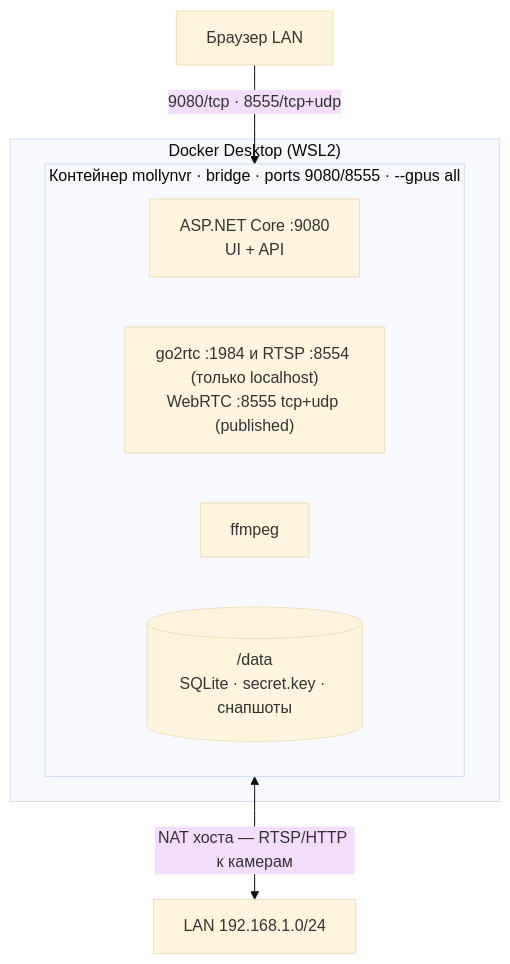
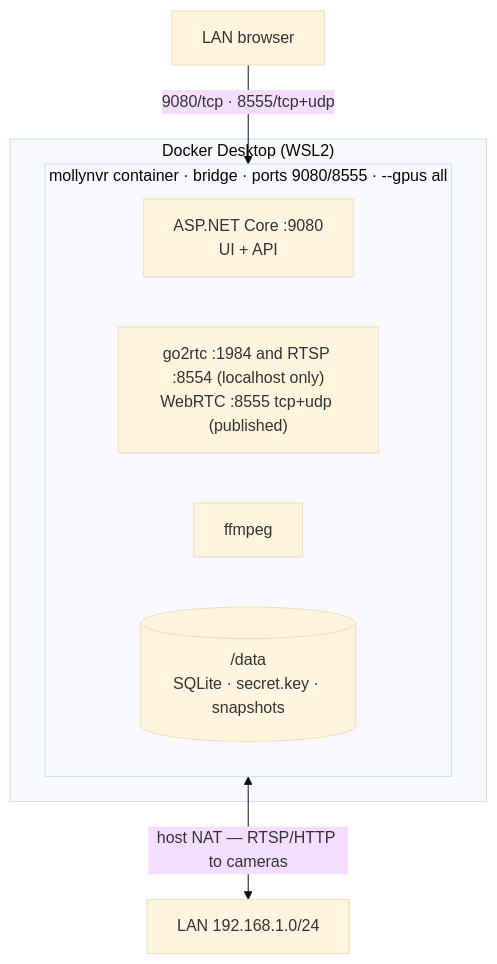
Before and after one commit to djem-3000/MollyNVR: the fourth of 4 diagrams in docs/architecture.md, drawn with Mermaid (base theme). The commit also changed other lines of this file and 164 other files, not shown here.

````diff
--- a/docs/architecture.md
+++ b/docs/architecture.md
@@ -278,13 +278,13 @@
 ```mermaid
 flowchart TB
   subgraph DD["Docker Desktop (WSL2)"]
-    subgraph CT["Контейнер mollynvr · bridge · ports 9080/8555 · --gpus all"]
+    subgraph CT["mollynvr container · bridge · ports 9080/8555 · --gpus all"]
       ASP["ASP.NET Core :9080<br/>UI + API"]
-      G2["go2rtc :1984 и RTSP :8554 (только localhost)<br/>WebRTC :8555 tcp+udp (published)"]
+      G2["go2rtc :1984 and RTSP :8554 (localhost only)<br/>WebRTC :8555 tcp+udp (published)"]
       FFX["ffmpeg"]
-      VOL[("/data<br/>SQLite · secret.key · снапшоты")]
+      VOL[("/data<br/>SQLite · secret.key · snapshots")]
     end
   end
-  CT <-->|"NAT хоста — RTSP/HTTP к камерам"| LAN2["LAN 192.168.1.0/24"]
-  BR["Браузер LAN"] -->|"9080/tcp · 8555/tcp+udp"| CT
+  CT <-->|"host NAT — RTSP/HTTP to cameras"| LAN2["LAN 192.168.1.0/24"]
+  BR["LAN browser"] -->|"9080/tcp · 8555/tcp+udp"| CT
 ```
````
